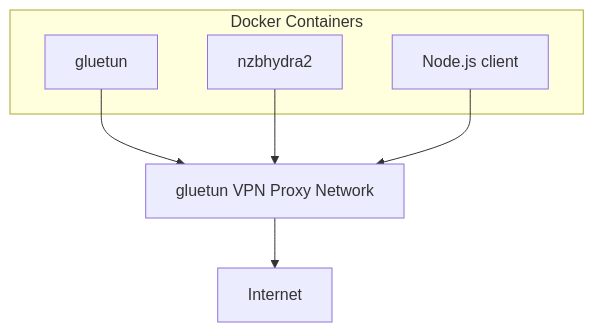
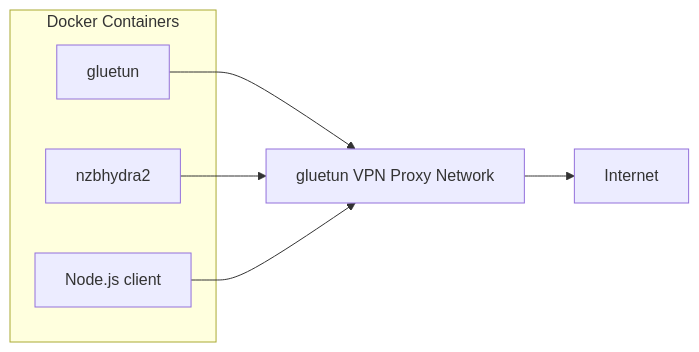
The diagram in Apps-Server/gluetun.md (handtrixx/wiki), drawn with Mermaid before and after one commit. The commit also changed other lines of this file, not shown here.

Commit message:
docs: update Apps-Server/gluetun

````diff
--- a/Apps-Server/gluetun.md
+++ b/Apps-Server/gluetun.md
@@ -13,14 +13,14 @@
 ```mermaid
-graph TD;
+flowchart LR;
 subgraph AA [Docker Containers]
 A[gluetun];
 B[nzbhydra2];
 C[Node.js client];
 end
 E[Internet];
 Z[gluetun VPN Proxy Network];
 A --> Z;
 B --> Z;
 C --> Z;
 Z --> E;
 ```
````
